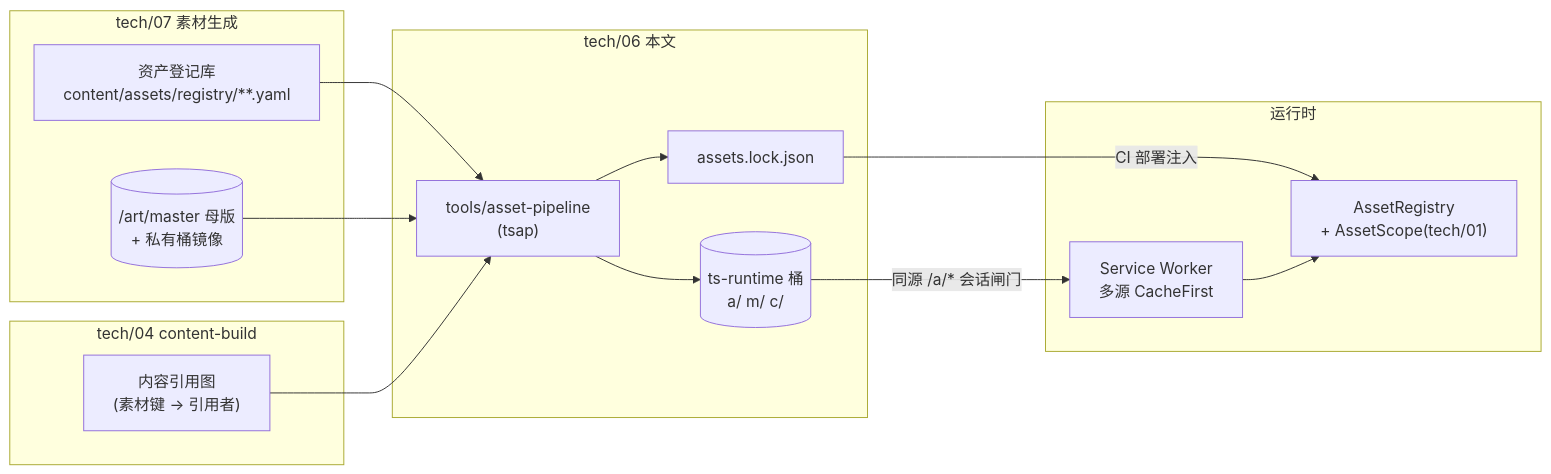
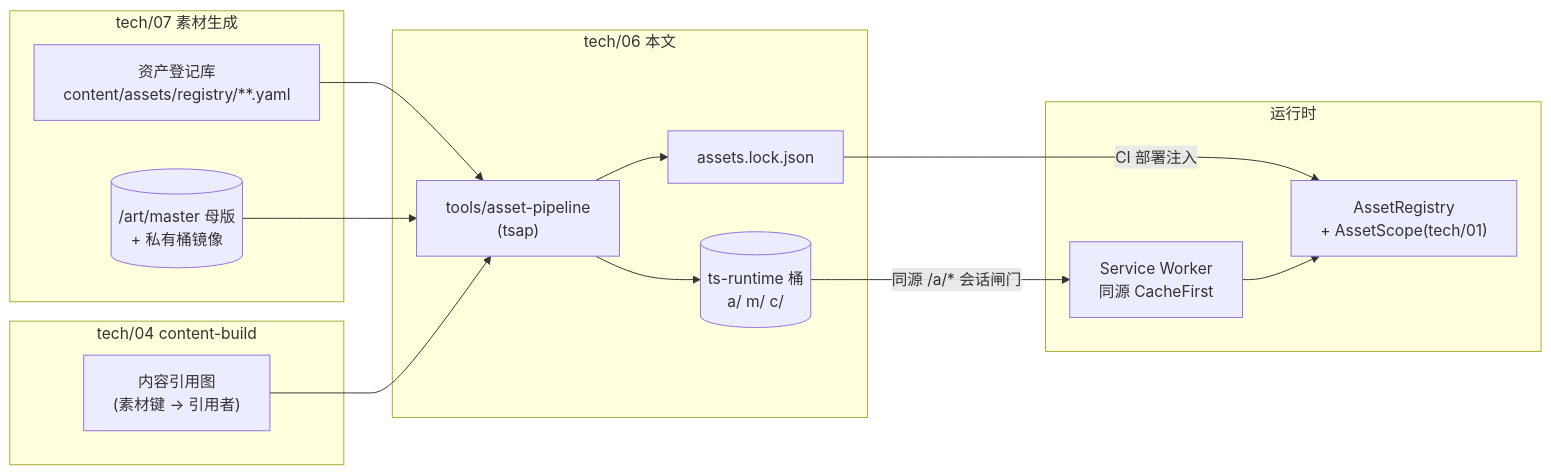
The first of 7 diagrams in docs/tech/06-asset-storage.md (radarxc/jinyongqunxia), drawn with Mermaid before and after one commit. The commit also changed other lines of this file and 1 other file, not shown here.

````diff
--- a/docs/tech/06-asset-storage.md
+++ b/docs/tech/06-asset-storage.md
@@ -97,27 +97,27 @@
 ```mermaid
 flowchart LR
   subgraph T07["tech/07 素材生成"]
     REG["资产登记库<br/>content/assets/registry/**.yaml"]
     MAS[("/art/master 母版<br/>+ 私有桶镜像")]
   end
   subgraph CB["tech/04 content-build"]
     REF["内容引用图<br/>(素材键 → 引用者)"]
   end
   subgraph T06["tech/06 本文"]
     AP["tools/asset-pipeline<br/>(tsap)"]
     RT[("ts-runtime 桶<br/>a/ m/ c/")]
     LOCK["assets.lock.json"]
   end
   subgraph APP["运行时"]
-    SW["Service Worker<br/>多源 CacheFirst"]
+    SW["Service Worker<br/>同源 CacheFirst"]
     REGI["AssetRegistry<br/>+ AssetScope(tech/01)"]
   end
   REG --> AP
   MAS --> AP
   REF --> AP
   AP --> RT
   AP --> LOCK
   LOCK -->|"CI 部署注入"| REGI
   RT -->|"同源 /a/* 会话闸门"| SW
   SW --> REGI
 ```
````
